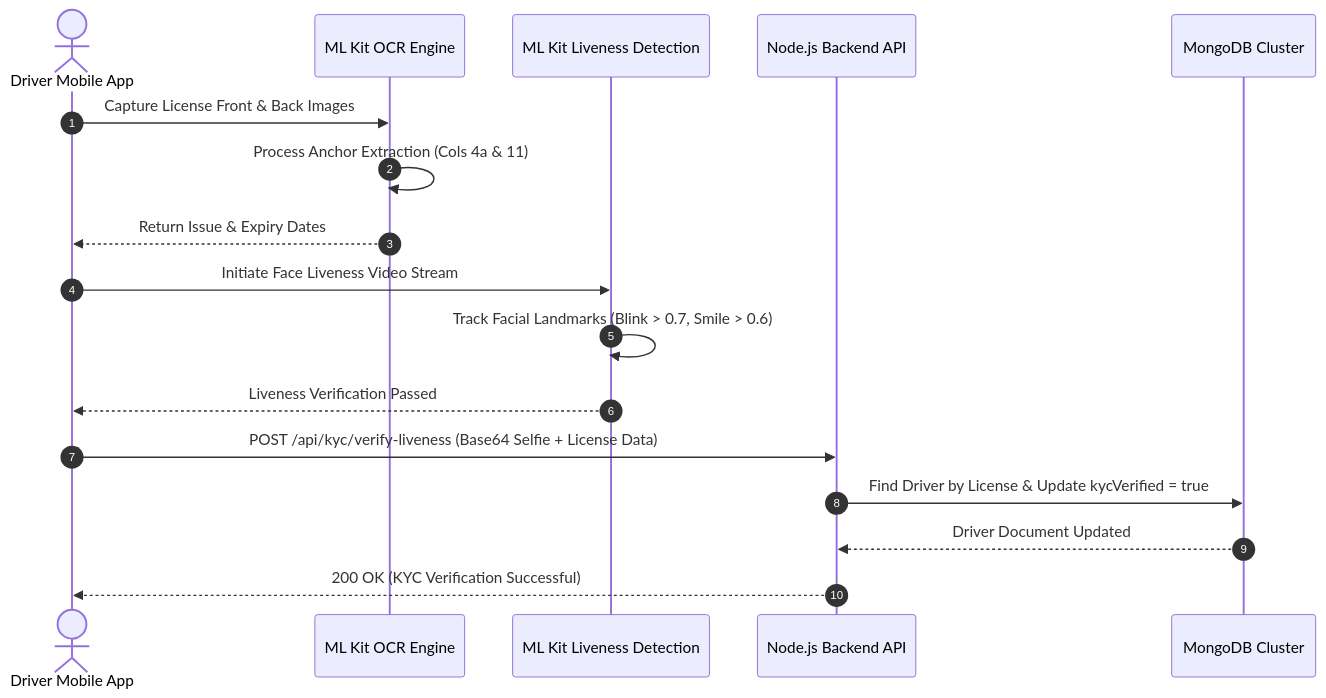
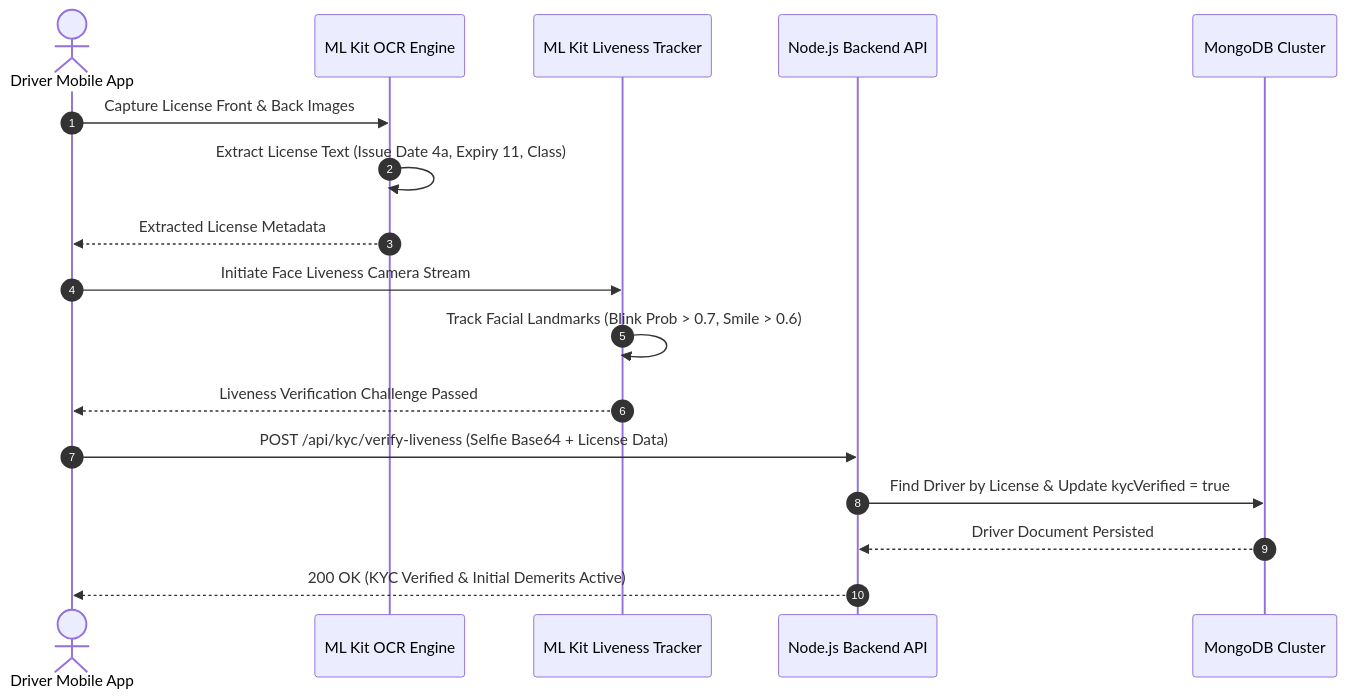
Before and after one commit to e-fine-sl/e-fine-sl-traffic-management: the fourth of 15 diagrams in README.md, drawn with Mermaid. The commit also changed other lines of this file, not shown here.

Commit message:
docs(architecture): update system design diagrams, use case specifications, class diagrams, sequence flows, activity flows, wireframes, and database ERD schemas to match live implementation

````diff
--- a/README.md
+++ b/README.md
@@ -391,22 +430,22 @@
 ```mermaid
 sequenceDiagram
     autonumber
     actor Driver as Driver Mobile App
     participant FlutterOCR as ML Kit OCR Engine
-    participant FlutterFace as ML Kit Liveness Detection
+    participant FlutterFace as ML Kit Liveness Tracker
     participant Backend as Node.js Backend API
     participant DB as MongoDB Cluster
 
     Driver->>FlutterOCR: Capture License Front & Back Images
-    FlutterOCR->>FlutterOCR: Process Anchor Extraction (Cols 4a & 11)
-    FlutterOCR-->>Driver: Return Issue & Expiry Dates
+    FlutterOCR->>FlutterOCR: Extract License Text (Issue Date 4a, Expiry 11, Class)
+    FlutterOCR-->>Driver: Extracted License Metadata
     
-    Driver->>FlutterFace: Initiate Face Liveness Video Stream
-    FlutterFace->>FlutterFace: Track Facial Landmarks (Blink > 0.7, Smile > 0.6)
-    FlutterFace-->>Driver: Liveness Verification Passed
+    Driver->>FlutterFace: Initiate Face Liveness Camera Stream
+    FlutterFace->>FlutterFace: Track Facial Landmarks (Blink Prob > 0.7, Smile > 0.6)
+    FlutterFace-->>Driver: Liveness Verification Challenge Passed
 
-    Driver->>Backend: POST /api/kyc/verify-liveness (Base64 Selfie + License Data)
+    Driver->>Backend: POST /api/kyc/verify-liveness (Selfie Base64 + License Data)
     Backend->>DB: Find Driver by License & Update kycVerified = true
-    DB-->>Backend: Driver Document Updated
-    Backend-->>Driver: 200 OK (KYC Verification Successful)
+    DB-->>Backend: Driver Document Persisted
+    Backend-->>Driver: 200 OK (KYC Verified & Initial Demerits Active)
 ```
````
